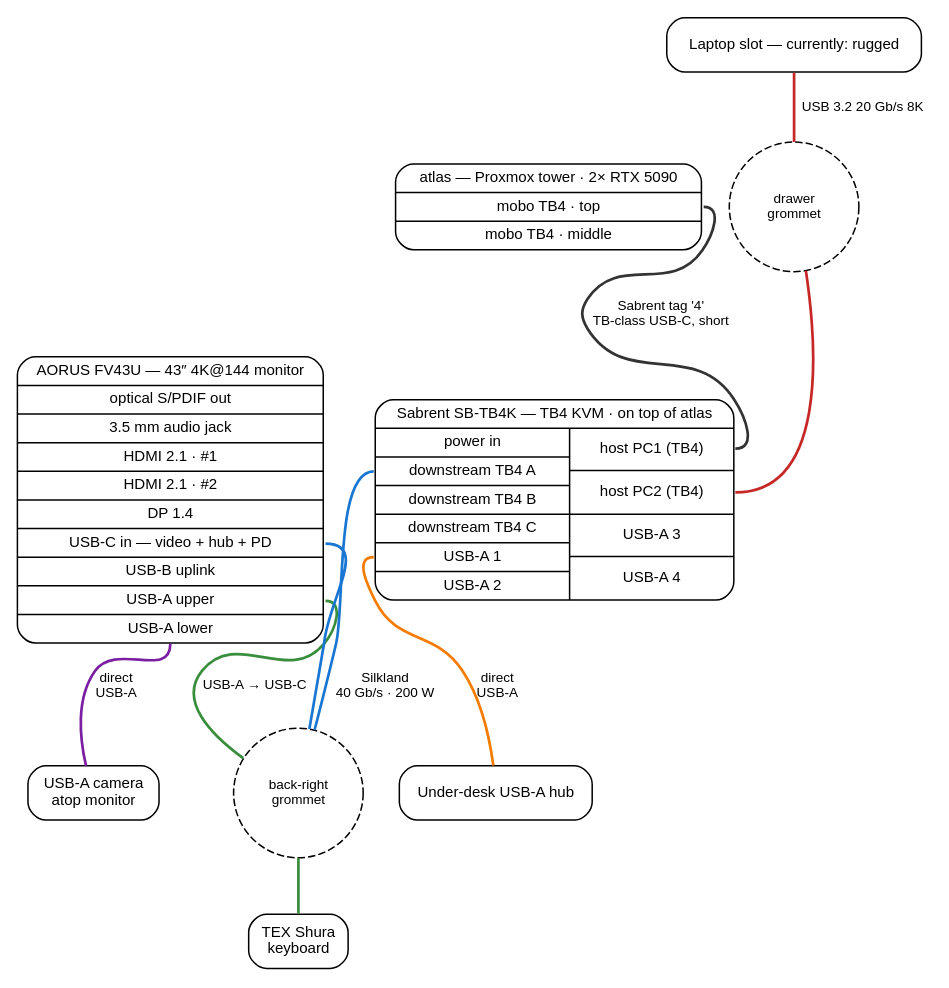
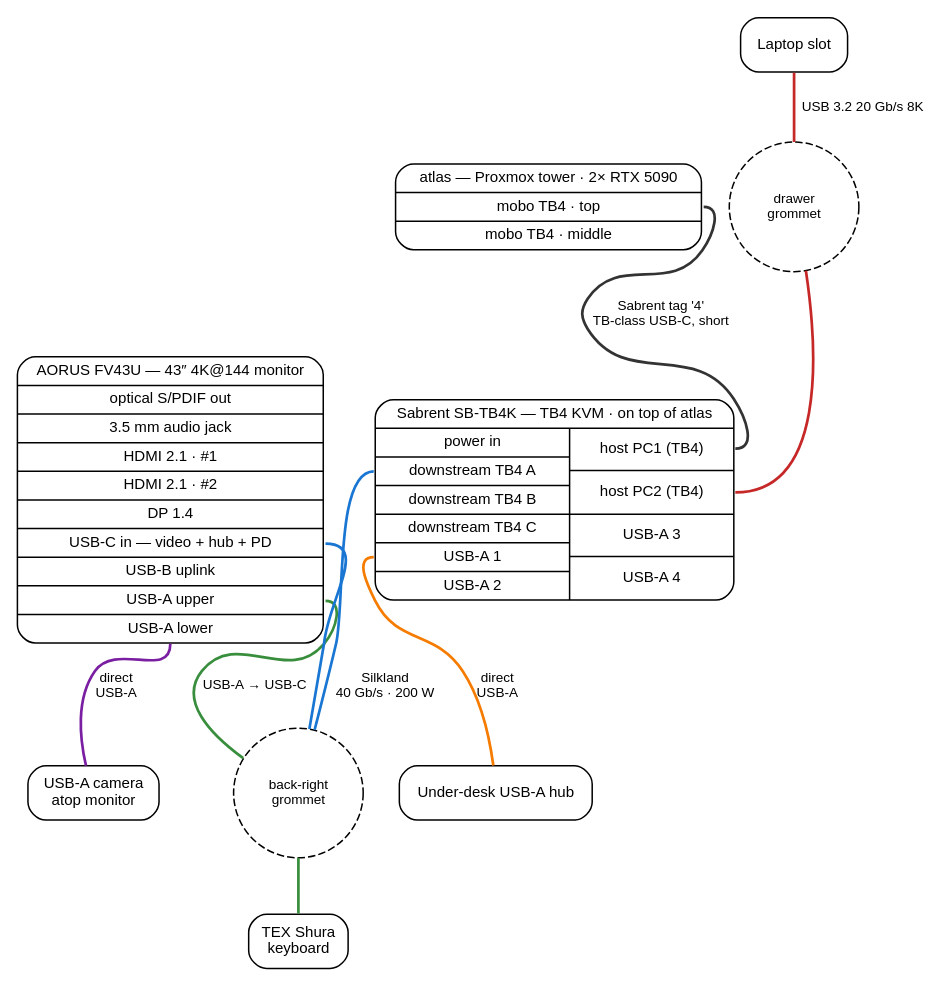
Before and after one commit to agentydragon/ducktape: the diagram in desk/wiring_schematic.dot, drawn with Graphviz. The commit also changed 1 other file, not shown here.

Commit message:
desk: schematic — laptop slot is generic
Drops "currently: rugged" from the laptop node. The slot is a
generic dock point for whatever laptop happens to be there.

Claude-Session: https://claude.ai/code/session_01RA9zk6kHcosLHXegpeEHaz

```diff
--- a/desk/wiring_schematic.dot
+++ b/desk/wiring_schematic.dot
@@ -1,31 +1,31 @@
 digraph desk_wiring {
     graph [fontname="Helvetica"];
     node  [shape=Mrecord, fontname="Helvetica", fontsize=10];
     edge  [fontname="Helvetica", fontsize=9, penwidth=1.8, dir=none];
 
     monitor [label="{ AORUS FV43U — 43″ 4K@144 monitor | optical S/PDIF out | 3.5 mm audio jack | HDMI 2.1 · #1 | HDMI 2.1 · #2 | DP 1.4 | <usbc> USB-C in — video + hub + PD | USB-B uplink | <hi> USB-A upper | <lo> USB-A lower }"];
 
     // KVM: header row, then two vertical columns side by side (peripheral / host)
     kvm [label="{ Sabrent SB-TB4K — TB4 KVM · on top of atlas | { { power in | <ds_a> downstream TB4 A | downstream TB4 B | downstream TB4 C | <usba1> USB-A 1 | USB-A 2 } | { <pc1> host PC1 (TB4) | <pc2> host PC2 (TB4) | USB-A 3 | USB-A 4 } } }"];
 
     atlas [label="{ atlas — Proxmox tower · 2× RTX 5090 | <tb_top> mobo TB4 · top | mobo TB4 · middle }"];
 
-    laptop [label="Laptop slot — currently: rugged"];
+    laptop [label="Laptop slot"];
 
     g_backright [shape=circle, style=dashed, label="back-right\ngrommet", fontsize=9, width=1.2, height=1.2];
     g_drawer    [shape=circle, style=dashed, label="drawer\ngrommet",    fontsize=9, width=1.2, height=1.2];
 
     cam [label="USB-A camera\natop monitor"];
     kbd [label="TEX Shura\nkeyboard"];
     hub [label="Under-desk USB-A hub"];
 
     atlas:tb_top -> kvm:pc1 [label="Sabrent tag '4'\nTB-class USB-C, short", color="#333333"];
     laptop -> g_drawer      [label="USB 3.2 20 Gb/s 8K", color="#c62828"];
     g_drawer -> kvm:pc2     [color="#c62828"];
     kvm:ds_a -> g_backright [label="Silkland\n40 Gb/s · 200 W", color="#1976d2"];
     g_backright -> monitor:usbc [color="#1976d2"];
     kvm:usba1 -> hub        [label="direct\nUSB-A", color="#f57c00"];
     monitor:hi -> g_backright [label="USB-A → USB-C", color="#388e3c"];
     g_backright -> kbd      [color="#388e3c"];
     monitor:lo -> cam       [label="direct\nUSB-A", color="#7b1fa2"];
 }
```
